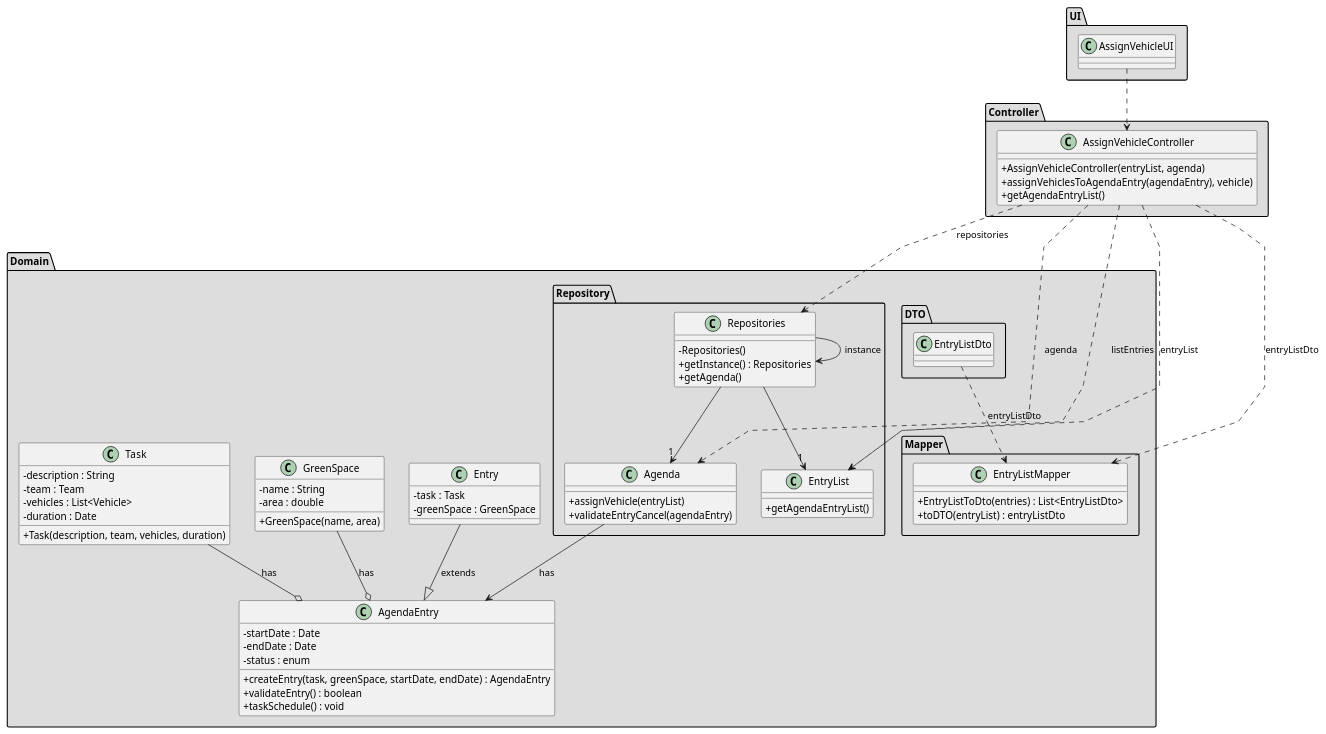
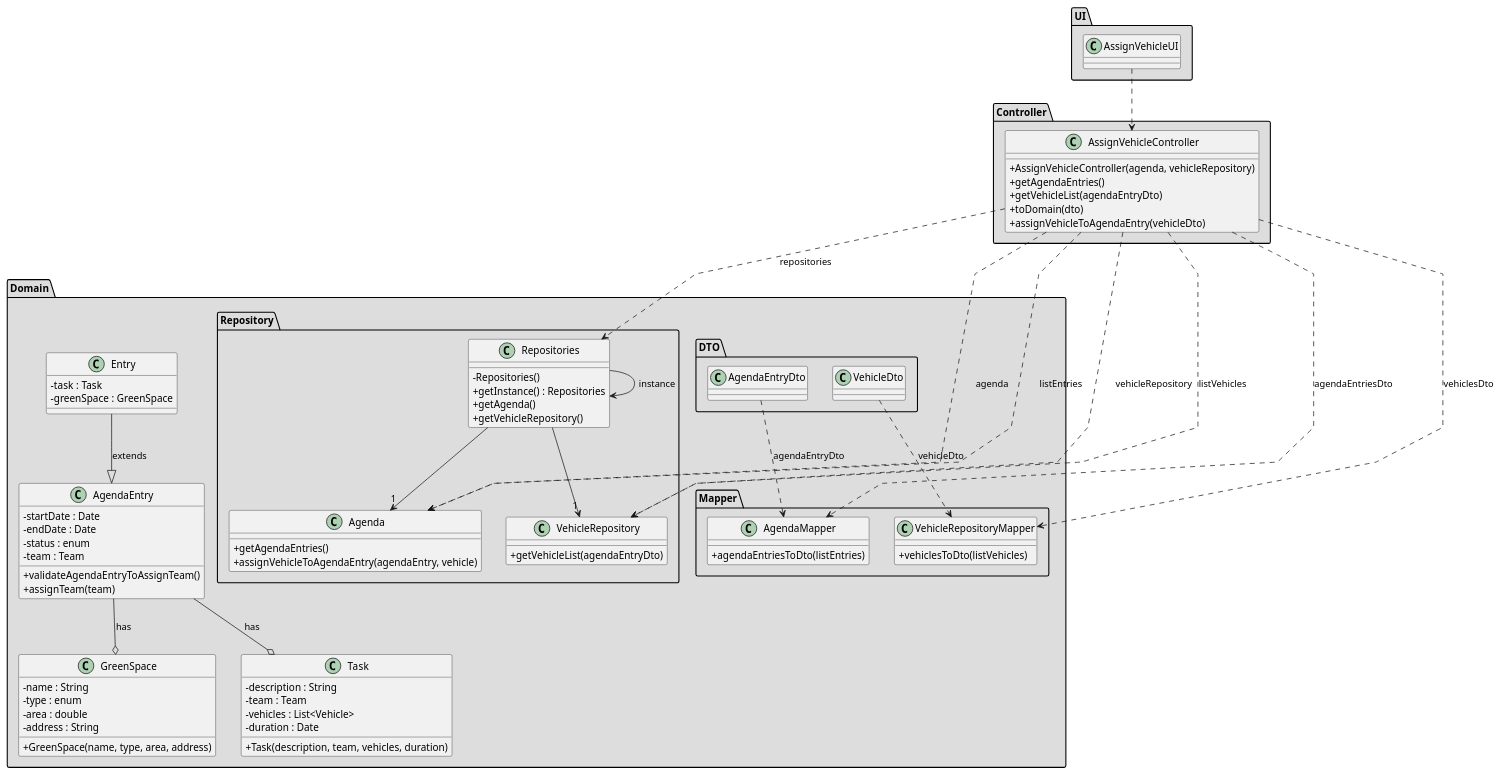
One commit to diogoveirospro/lei-24-s2-1dg-g072 changed the diagram in docs/sprintC/us026/03.design/puml/us026-class-diagram.puml. Above: the diagram before and after it, drawn with PlantUML. The commit also changed 2 other files, not shown here.

Commit message:
Finished US26 class diagram

```diff
--- a/docs/sprintC/us026/03.design/puml/us026-class-diagram.puml
+++ b/docs/sprintC/us026/03.design/puml/us026-class-diagram.puml
@@ -1,119 +1,128 @@
 @startuml
 
-skinparam packageStyle rectangle
+skinparam packageStyle folder
 skinparam shadowing false
 skinparam linetype polyline
 'skinparam linetype orto
 
 skinparam classAttributeIconSize 0
 
 'left to right direction
 
-package "UI" <<Folder>> #DDDDDD {
+package "UI" #DDDDDD {
 
-class AssignVehicleUI {
+    class AssignVehicleUI {
+    }
 }
+
+
+package "Controller" #DDDDDD {
+
+    class AssignVehicleController {
+        + AssignVehicleController(agenda, vehicleRepository)
+        + getAgendaEntries()
+        + getVehicleList(agendaEntryDto)
+        + toDomain(dto)
+        + assignVehicleToAgendaEntry(vehicleDto)
+    }
 
 }
 
-package "Controller" <<Folder>> #DDDDDD {
-class AssignVehicleController {
-    + AssignVehicleController(entryList, agenda)
-    + assignVehiclesToAgendaEntry(agendaEntry), vehicle)
-    + getAgendaEntryList()
-}
+package "Domain" #DDDDDD {
+
+package "Repository" #DDDDDD {
+
+    class Repositories {
+        - Repositories()
+        + getInstance() : Repositories
+        + getAgenda()
+        + getVehicleRepository()
+
+    }
+
+    class Agenda {
+        + getAgendaEntries()
+        + assignVehicleToAgendaEntry(agendaEntry, vehicle)
+    }
+
+    class VehicleRepository {
+        + getVehicleList(agendaEntryDto)
+    }
 
 }
 
-package "Domain" <<Folder>> #DDDDDD {
+package "Mapper" #DDDDDD {
 
-package "Repository" <<Folder>> #DDDDDD {
+    class AgendaMapper {
+        + agendaEntriesToDto(listEntries)
+    }
 
-class Repositories {
-    - Repositories()
-    + getInstance() : Repositories
-    + getAgenda()
+    class VehicleRepositoryMapper {
+        + vehiclesToDto(listVehicles)
+    }
+}
+
+package "DTO" #DDDDDD {
+
+    class AgendaEntryDto {
+    }
+
+    class VehicleDto {
+    }
 
 }
 
+    class Entry {
+        - task : Task
+        - greenSpace : GreenSpace
+    }
 
-class Agenda {
-    + assignVehicle(entryList)
-    + validateEntryCancel(agendaEntry)
-}
+    class AgendaEntry {
+        - startDate : Date
+        - endDate : Date
+        - status : enum
+        - team : Team
+        + validateAgendaEntryToAssignTeam()
+        + assignTeam(team)
+    }
 
-class EntryList{
-    + getAgendaEntryList()
-}
+    class GreenSpace {
+        - name : String
+        - type : enum
+        - area : double
+        - address : String
+        + GreenSpace(name, type, area, address)
+    }
+
+    class Task {
+        - description : String
+        - team : Team
+        - vehicles : List<Vehicle>
+        - duration : Date
+        + Task(description, team, vehicles, duration)
+    }
 
 }
 
-class Entry {
-    - task : Task
-    - greenSpace : GreenSpace
-}
+AssignVehicleUI ..> AssignVehicleController
+AssignVehicleController ..> Repositories : repositories
+Repositories --> Repositories : instance
+AssignVehicleController ..> Agenda : agenda
+AssignVehicleController ..> VehicleRepository : vehicleRepository
 
-class AgendaEntry {
-    -startDate : Date
-    -endDate : Date
-    -status : enum
-    +createEntry(task, greenSpace, startDate, endDate) : AgendaEntry
-    +validateEntry() : boolean
-    +taskSchedule() : void
-}
-
-class GreenSpace {
-    - name : String
-    - area : double
-    + GreenSpace(name, area)
-}
-
-class Task {
-    - description : String
-    - team : Team
-    - vehicles : List<Vehicle>
-    - duration : Date
-    + Task(description, team, vehicles, duration)
-}
-
-
-
-
-package "Mapper" <<Folder>> #DDDDDD {
-class EntryListMapper {
-    +EntryListToDto(entries) : List<EntryListDto>
-    +toDTO(entryList) : entryListDto
-}
-
-}
-
-package "DTO" <<Folder>> #DDDDDD {
-class EntryListDto{
-}
-
-}
-
-
-AssignVehicleUI ..> AssignVehicleController
-
-Repositories --> Repositories : instance
-AssignVehicleController ..> Repositories : repositories
-AssignVehicleController ..> EntryListMapper : entryListDto
-
-Repositories -->"1" EntryList
-AssignVehicleController ..> EntryList : listEntries
-AssignVehicleController ..> EntryList : entryList
-
-
-EntryListDto ..> EntryListMapper : entryListDto
-
+AssignVehicleController ..> AgendaMapper : agendaEntriesDto
+AssignVehicleController ..> VehicleRepositoryMapper : vehiclesDto
+AssignVehicleController ..> Agenda : listEntries
+AssignVehicleController ..> VehicleRepository : listVehicles
 
 Repositories --> "1" Agenda
-AssignVehicleController ..> Agenda : agenda
-Agenda --> AgendaEntry : has
-GreenSpace --o AgendaEntry : has
-Task --o AgendaEntry : has
+Repositories --> "1" VehicleRepository
+
+AgendaEntryDto ..> AgendaMapper : agendaEntryDto
+VehicleDto ..> VehicleRepositoryMapper : vehicleDto
 
 Entry --|> AgendaEntry : extends
+AgendaEntry --o Task : has
+AgendaEntry --o GreenSpace : has
 
 @enduml
```
